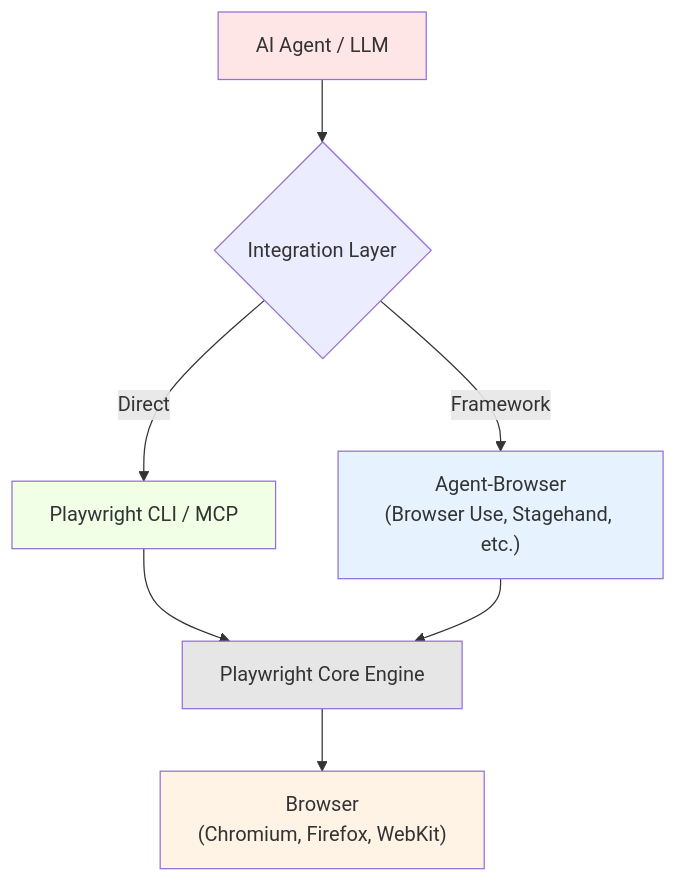
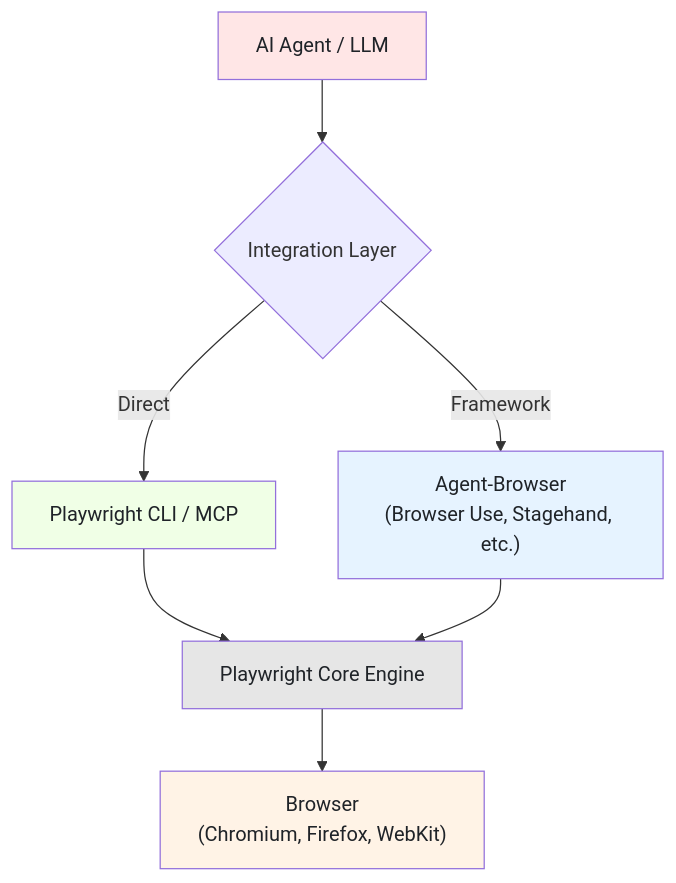
The fifth of 5 diagrams in _posts/2026-02-18-agent-browser-vs-playwright-cli-ai-browser-control.md (bytetunnels/bytetunnels.github.com), drawn with Mermaid before and after one commit. The commit also changed other lines of this file and 118 other files, not shown here.

Commit message:
feat: improve diagram styling and compact wide flowcharts

````diff
--- a/_posts/2026-02-18-agent-browser-vs-playwright-cli-ai-browser-control.md
+++ b/_posts/2026-02-18-agent-browser-vs-playwright-cli-ai-browser-control.md
@@ -483,17 +483,17 @@
 ```mermaid
 graph TD
     A["AI Agent / LLM"] --> B{"Integration Layer"}
     B -->|"Direct"| C["Playwright CLI / MCP"]
     B -->|"Framework"| D["Agent-Browser<br>(Browser Use, Stagehand, etc.)"]
 
     C --> E["Playwright Core Engine"]
     D --> E
 
     E --> F["Browser<br>(Chromium, Firefox, WebKit)"]
 
-    style A fill:#ffe6e6
-    style C fill:#f0ffe6
-    style D fill:#e6f3ff
-    style E fill:#e6e6e6
-    style F fill:#fff3e6
+    style A fill:#ffe6e6,color:#1f2328
+    style C fill:#f0ffe6,color:#1f2328
+    style D fill:#e6f3ff,color:#1f2328
+    style E fill:#e6e6e6,color:#1f2328
+    style F fill:#fff3e6,color:#1f2328
 ```
````
